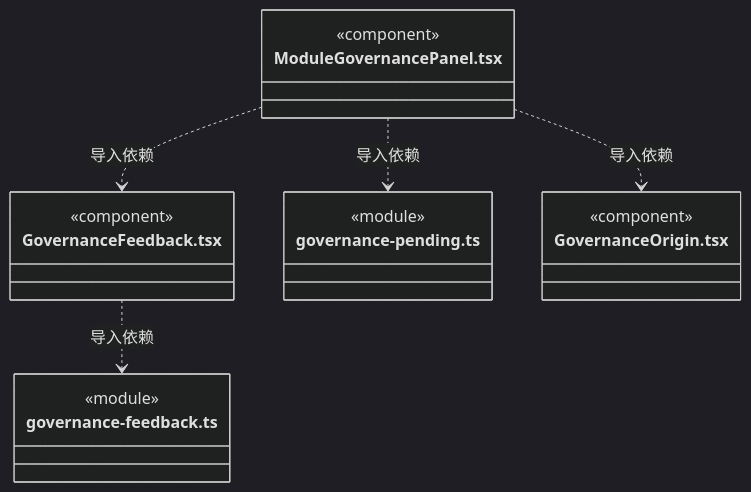
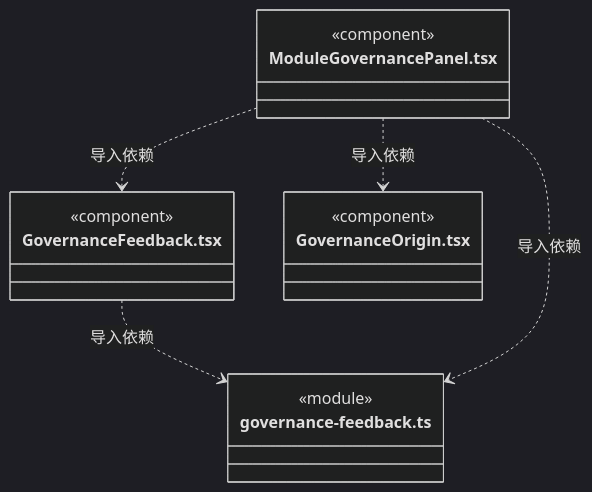
One commit to nan023062/cbim changed the tenth of 11 diagrams in src/view/governance/ARCHITECTURE.md. Above: the diagram before and after it, drawn with Mermaid (dark theme). The commit also changed 112 other files, not shown here.

Commit message:
docs: align source architecture with current declarations and contracts

````diff
--- a/src/view/governance/ARCHITECTURE.md
+++ b/src/view/governance/ARCHITECTURE.md
@@ -215,22 +215,19 @@
 ```mermaid
 classDiagram
 class N_src_view_governance_GovernanceFeedback_tsx["GovernanceFeedback.tsx"] {
   <<component>>
 }
 class N_src_view_governance_governance_feedback_ts["governance-feedback.ts"] {
   <<module>>
 }
 class N_src_view_governance_ModuleGovernancePanel_tsx["ModuleGovernancePanel.tsx"] {
   <<component>>
 }
-class N_src_view_governance_governance_pending_ts["governance-pending.ts"] {
-  <<module>>
-}
 class N_src_view_governance_GovernanceOrigin_tsx["GovernanceOrigin.tsx"] {
   <<component>>
 }
 N_src_view_governance_GovernanceFeedback_tsx ..> N_src_view_governance_governance_feedback_ts : 导入依赖
-N_src_view_governance_ModuleGovernancePanel_tsx ..> N_src_view_governance_governance_pending_ts : 导入依赖
+N_src_view_governance_ModuleGovernancePanel_tsx ..> N_src_view_governance_GovernanceFeedback_tsx : 导入依赖
 N_src_view_governance_ModuleGovernancePanel_tsx ..> N_src_view_governance_GovernanceOrigin_tsx : 导入依赖
-N_src_view_governance_ModuleGovernancePanel_tsx ..> N_src_view_governance_GovernanceFeedback_tsx : 导入依赖
+N_src_view_governance_ModuleGovernancePanel_tsx ..> N_src_view_governance_governance_feedback_ts : 导入依赖
 ```
````
